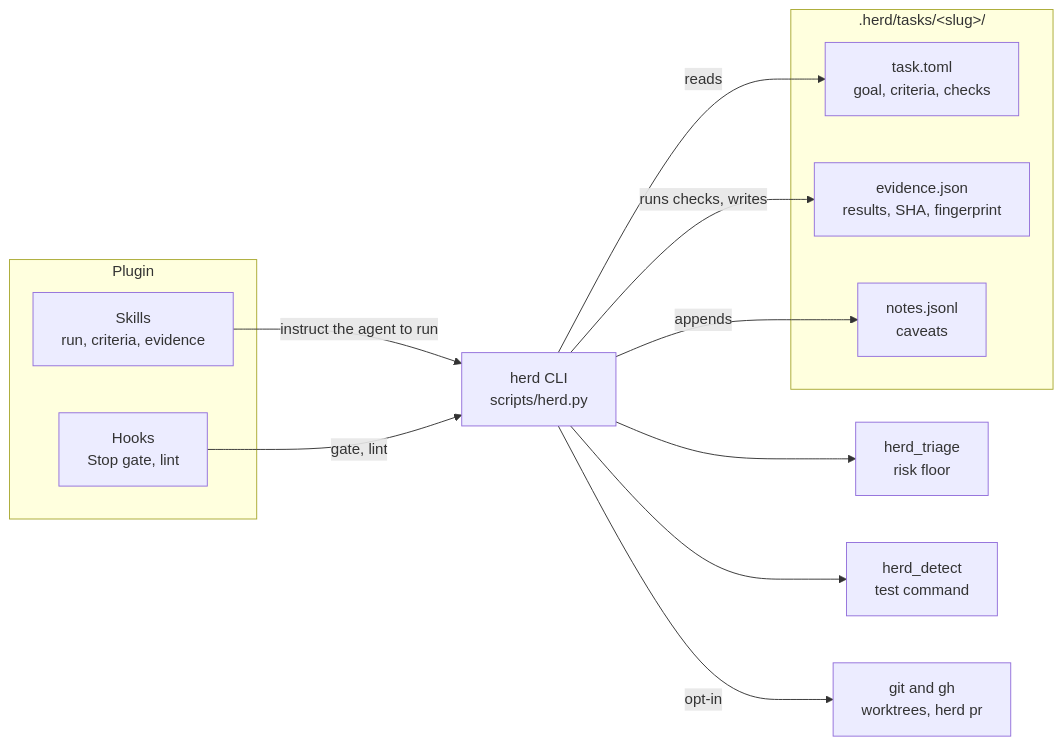
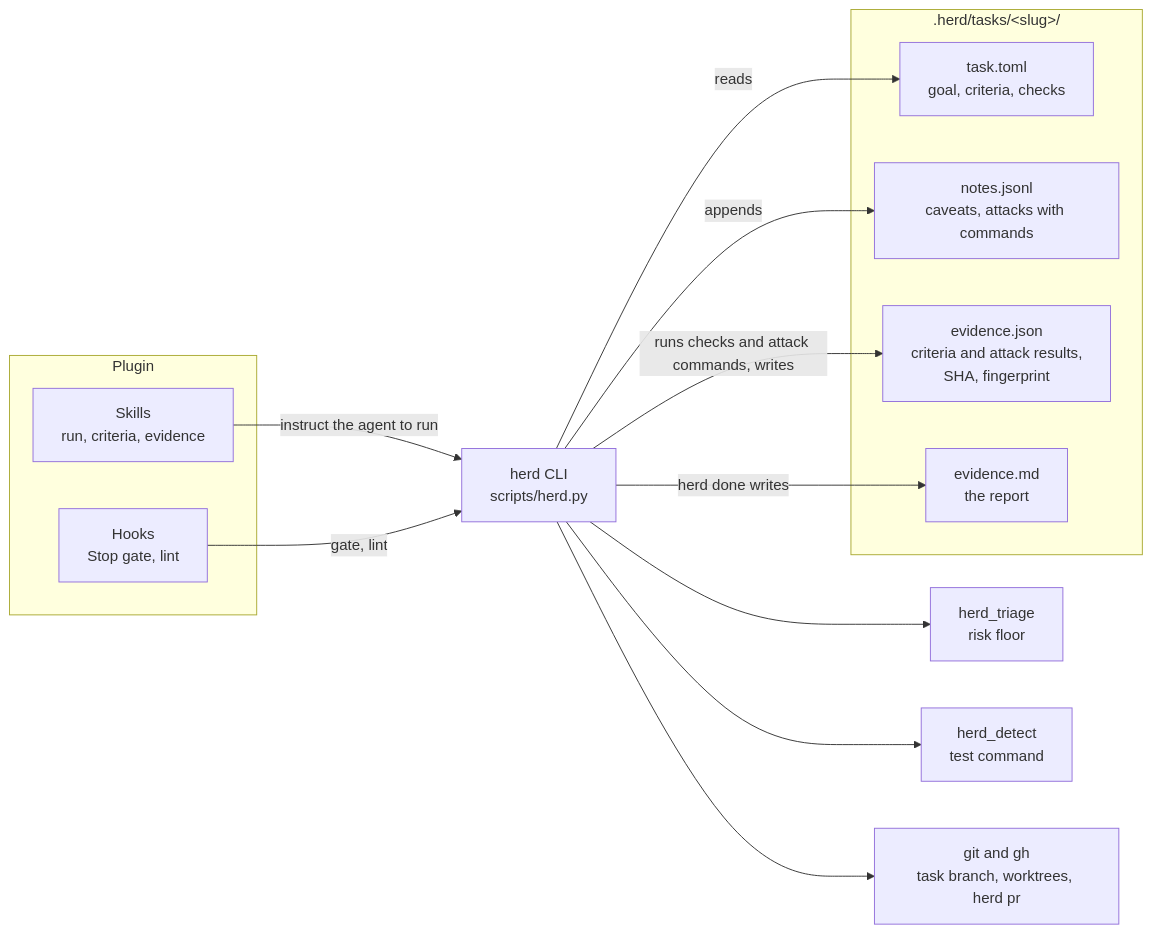
Before and after one commit to Beovulfo/herd-sdlc: the second of 2 diagrams in README.md, drawn with Mermaid. The commit also changed other lines of this file, not shown here.

Commit message:
README: diagrams match 0.3.2 (#10)

````diff
--- a/README.md
+++ b/README.md
@@ -136,24 +139,26 @@
 ```mermaid
 flowchart LR
     subgraph Plugin
         S["Skills<br/>run, criteria, evidence"]
         H["Hooks<br/>Stop gate, lint"]
     end
     CLI["herd CLI<br/>scripts/herd.py"]
     T["herd_triage<br/>risk floor"]
     D["herd_detect<br/>test command"]
-    G["git and gh<br/>worktrees, herd pr"]
+    G["git and gh<br/>task branch, worktrees, herd pr"]
     subgraph State[".herd/tasks/&lt;slug&gt;/"]
         TT["task.toml<br/>goal, criteria, checks"]
-        EV["evidence.json<br/>results, SHA, fingerprint"]
-        NO["notes.jsonl<br/>caveats"]
+        NO["notes.jsonl<br/>caveats, attacks with commands"]
+        EV["evidence.json<br/>criteria and attack results,<br/>SHA, fingerprint"]
+        RP["evidence.md<br/>the report"]
     end
     S -->|instruct the agent to run| CLI
     H -->|gate, lint| CLI
     CLI --> T
     CLI --> D
-    CLI -->|opt-in| G
+    CLI --> G
     CLI -->|reads| TT
-    CLI -->|runs checks, writes| EV
     CLI -->|appends| NO
+    CLI -->|runs checks and attack commands, writes| EV
+    CLI -->|herd done writes| RP
 ```
````
